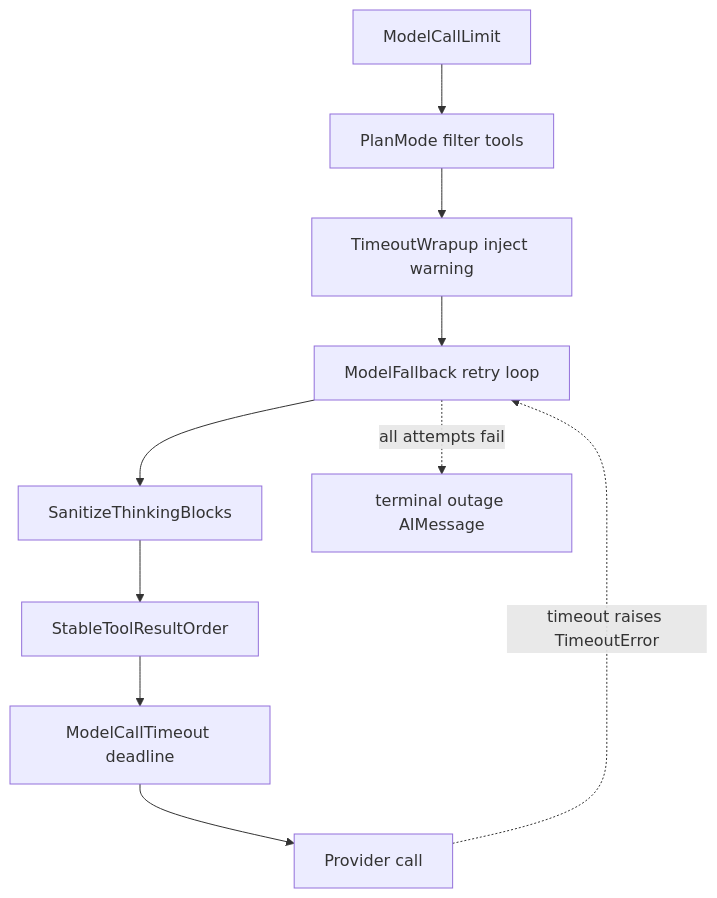
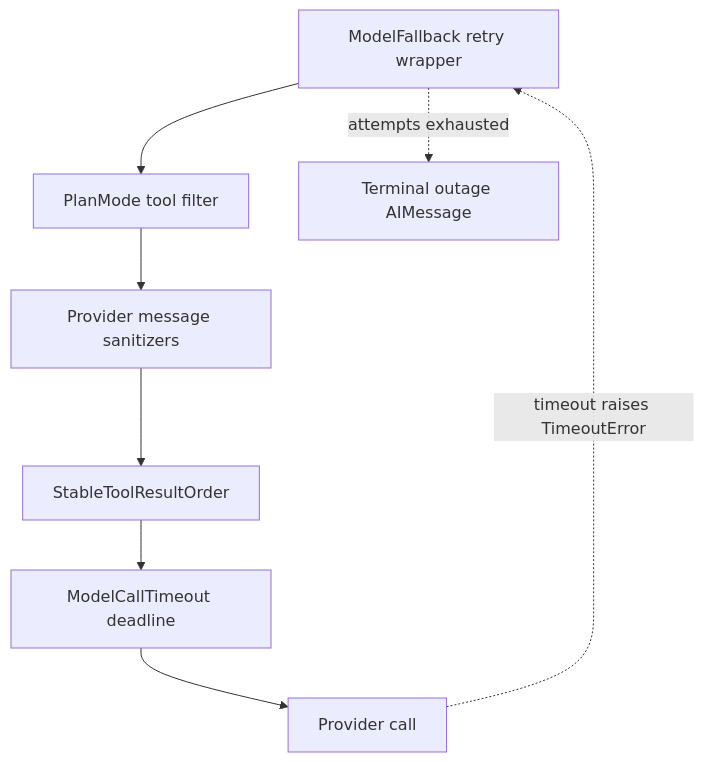
Before and after one commit to langchain-ai/open-swe: the diagram in openwiki/architecture/middleware-stack.md, drawn with Mermaid. The commit also changed other lines of this file and 21 other files, not shown here.

````diff
--- a/openwiki/architecture/middleware-stack.md
+++ b/openwiki/architecture/middleware-stack.md
@@ -74,12 +94,10 @@
 ```mermaid
 flowchart TD
-  A["ModelCallLimit"] --> B["PlanMode filter tools"]
-  B --> C["TimeoutWrapup inject warning"]
-  C --> D["ModelFallback retry loop"]
-  D --> E["SanitizeThinkingBlocks"]
-  E --> F["StableToolResultOrder"]
-  F --> G["ModelCallTimeout deadline"]
-  G --> H["Provider call"]
-  H -. "timeout raises TimeoutError" .-> D
-  D -. "all attempts fail" .-> R["terminal outage AIMessage"]
+  Fallback["ModelFallback retry wrapper"] --> Plan["PlanMode tool filter"]
+  Plan --> Sanitize["Provider message sanitizers"]
+  Sanitize --> Stable["StableToolResultOrder"]
+  Stable --> Deadline["ModelCallTimeout deadline"]
+  Deadline --> Provider["Provider call"]
+  Provider -. "timeout raises TimeoutError" .-> Fallback
+  Fallback -. "attempts exhausted" .-> Outage["Terminal outage AIMessage"]
 ```
````
